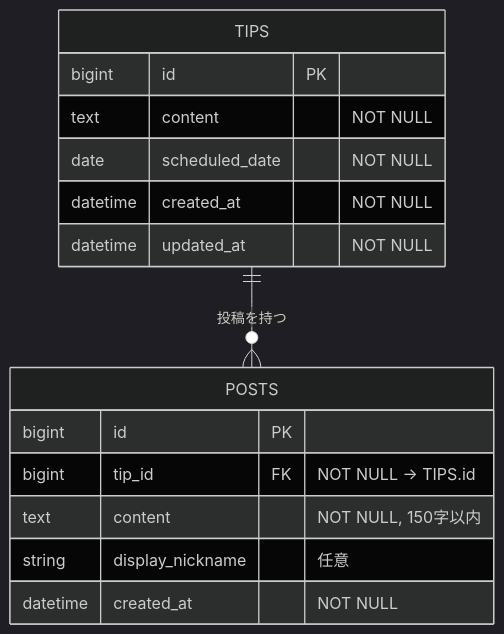
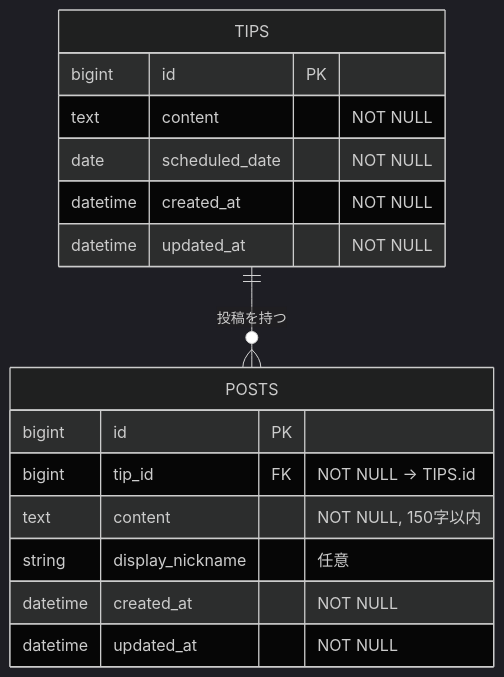
The diagram in Entity_Relationship_Diagram.md (Masashi0411/Kata_Talk_app), drawn with Mermaid (dark theme) before and after one commit.

Commit message:
Update Entity_Relationship_Diagram.md
ER図の修正：POSTSテーブルにupdated_atカラム追加

````diff
--- a/Entity_Relationship_Diagram.md
+++ b/Entity_Relationship_Diagram.md
@@ -28,23 +28,24 @@
 ```mermaid
 erDiagram
     %% テーブル定義
     TIPS {
       bigint   id               PK
       text     content          "NOT NULL"
       date     scheduled_date   "NOT NULL"
       datetime created_at       "NOT NULL"
       datetime updated_at       "NOT NULL"
     }
 
     POSTS {
       bigint   id               PK
       bigint   tip_id           FK "NOT NULL → TIPS.id"
       text     content          "NOT NULL, 150字以内"
       string   display_nickname "任意"
       datetime created_at       "NOT NULL"
+      datetime updated_at       "NOT NULL"
     }
 
     %% リレーション
     TIPS ||--o{ POSTS : "投稿を持つ"
 
 ```
````
